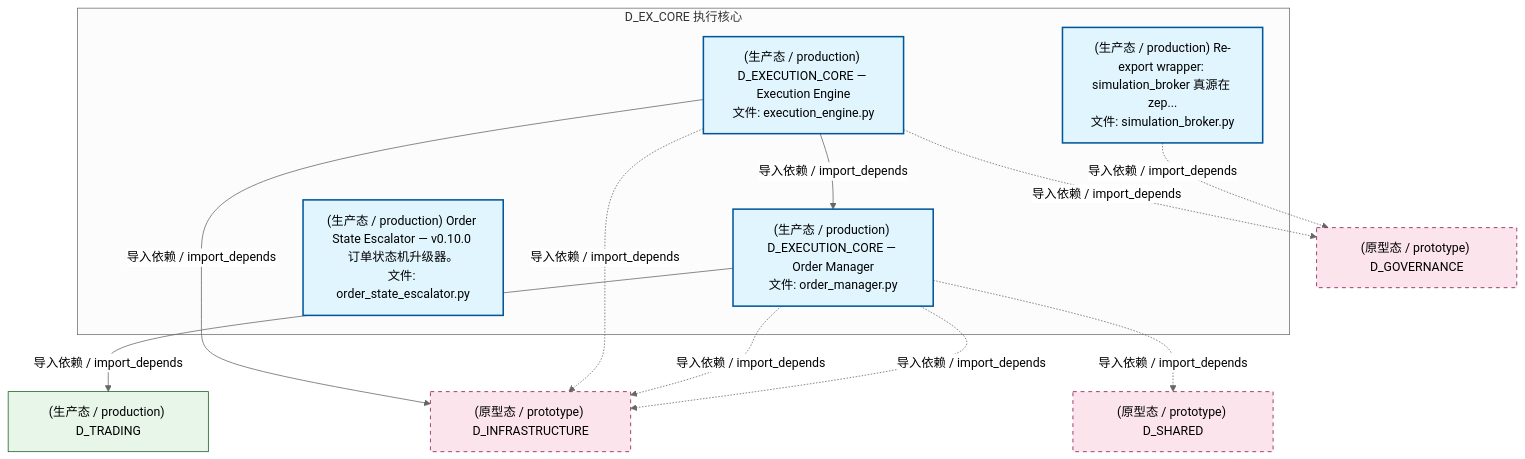
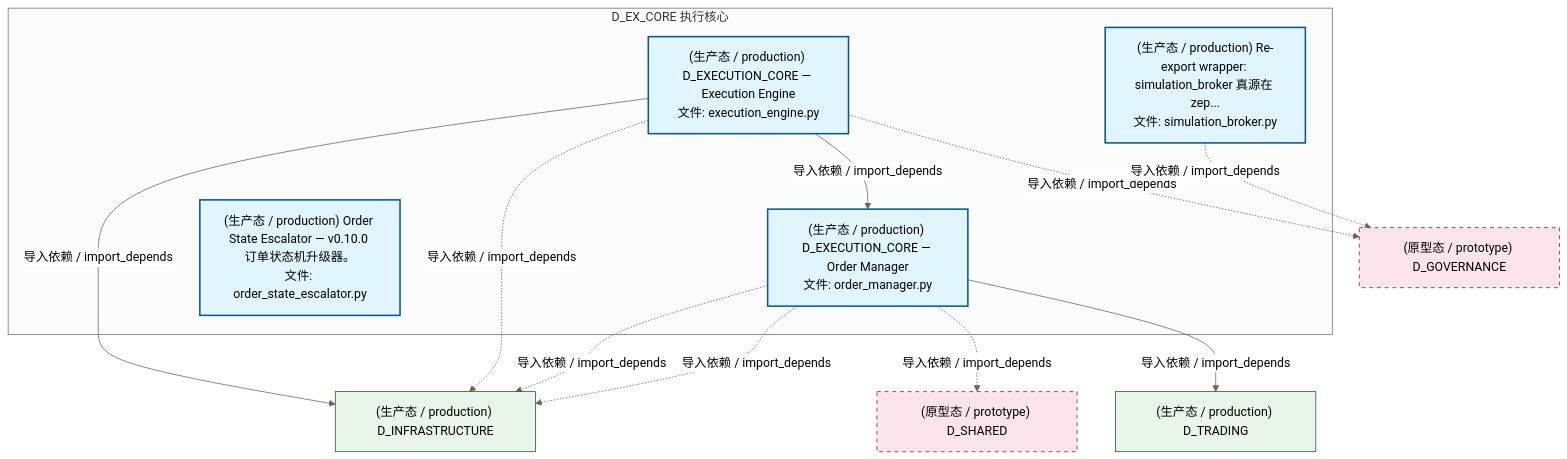
Before and after one commit to xuanFelixVan/ZephyrAlpha: the second of 5 diagrams in docs/02_enterprise_architecture/02_domain_architecture_docs/34_d_ex_core.md, drawn with Mermaid (neutral theme). The commit also changed other lines of this file and 89 other files, not shown here.

````diff
--- a/docs/02_enterprise_architecture/02_domain_architecture_docs/34_d_ex_core.md
+++ b/docs/02_enterprise_architecture/02_domain_architecture_docs/34_d_ex_core.md
@@ -126,29 +126,29 @@
 ```mermaid
 graph TD
     subgraph D_EX_CORE["D_EX_CORE 执行核心"]
         src_zephyr_ex_core_adapters_simulation_broker_py["(生产态 / production) Re-export wrapper: simulation_broker 真源在 zep...<br/>文件: simulation_broker.py"]
         src_zephyr_ex_core_execution_engine_py["(生产态 / production) D_EXECUTION_CORE — Execution Engine<br/>文件: execution_engine.py"]
         src_zephyr_ex_core_order_manager_py["(生产态 / production) D_EXECUTION_CORE — Order Manager<br/>文件: order_manager.py"]
         src_zephyr_governance_escalation_order_state_escalator_py["(生产态 / production) Order State Escalator — v0.10.0 订单状态机升级器。<br/>文件: order_state_escalator.py"]
     end
     src_zephyr_ex_core_execution_engine_py -->|导入依赖 / import_depends| src_zephyr_ex_core_order_manager_py
-    D_INFRASTRUCTURE["(原型态 / prototype) D_INFRASTRUCTURE"]
-    src_zephyr_ex_core_order_manager_py -.->|导入依赖 / import_depends| D_INFRASTRUCTURE
-    src_zephyr_ex_core_order_manager_py -.->|导入依赖 / import_depends| D_INFRASTRUCTURE
+    D_INFRASTRUCTURE["(生产态 / production) D_INFRASTRUCTURE"]
+    src_zephyr_ex_core_execution_engine_py -->|导入依赖 / import_depends| D_INFRASTRUCTURE
+    D_GOVERNANCE["(原型态 / prototype) D_GOVERNANCE"]
+    src_zephyr_ex_core_execution_engine_py -.->|导入依赖 / import_depends| D_GOVERNANCE
+    src_zephyr_ex_core_execution_engine_py -.->|导入依赖 / import_depends| D_INFRASTRUCTURE
     D_TRADING["(生产态 / production) D_TRADING"]
     src_zephyr_ex_core_order_manager_py -->|导入依赖 / import_depends| D_TRADING
     D_SHARED["(原型态 / prototype) D_SHARED"]
     src_zephyr_ex_core_order_manager_py -.->|导入依赖 / import_depends| D_SHARED
-    D_GOVERNANCE["(原型态 / prototype) D_GOVERNANCE"]
+    src_zephyr_ex_core_order_manager_py -.->|导入依赖 / import_depends| D_INFRASTRUCTURE
+    src_zephyr_ex_core_order_manager_py -.->|导入依赖 / import_depends| D_INFRASTRUCTURE
     src_zephyr_ex_core_adapters_simulation_broker_py -.->|导入依赖 / import_depends| D_GOVERNANCE
-    src_zephyr_ex_core_execution_engine_py -.->|导入依赖 / import_depends| D_INFRASTRUCTURE
-    src_zephyr_ex_core_execution_engine_py -.->|导入依赖 / import_depends| D_GOVERNANCE
-    src_zephyr_ex_core_execution_engine_py -->|导入依赖 / import_depends| D_INFRASTRUCTURE
     classDef production fill:#e1f5fe,stroke:#01579b,stroke-width:2px,color:#000
     classDef design fill:#fff3e0,stroke:#e65100,stroke-width:2px,color:#000,stroke-dasharray: 5 5
     classDef external_prod fill:#e8f5e9,stroke:#1b5e20,stroke-width:1px,color:#000
     classDef external_design fill:#fce4ec,stroke:#880e4f,stroke-width:1px,color:#000,stroke-dasharray: 5 5
     class src_zephyr_ex_core_adapters_simulation_broker_py,src_zephyr_ex_core_execution_engine_py,src_zephyr_ex_core_order_manager_py,src_zephyr_governance_escalation_order_state_escalator_py production
-    class D_TRADING external_prod
-    class D_INFRASTRUCTURE,D_SHARED,D_GOVERNANCE external_design
+    class D_INFRASTRUCTURE,D_TRADING external_prod
+    class D_GOVERNANCE,D_SHARED external_design
 ```
````
